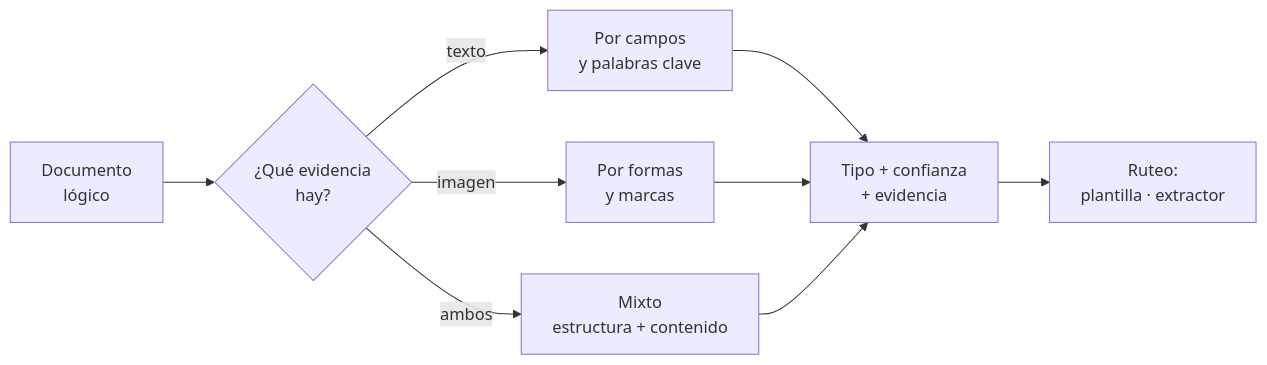
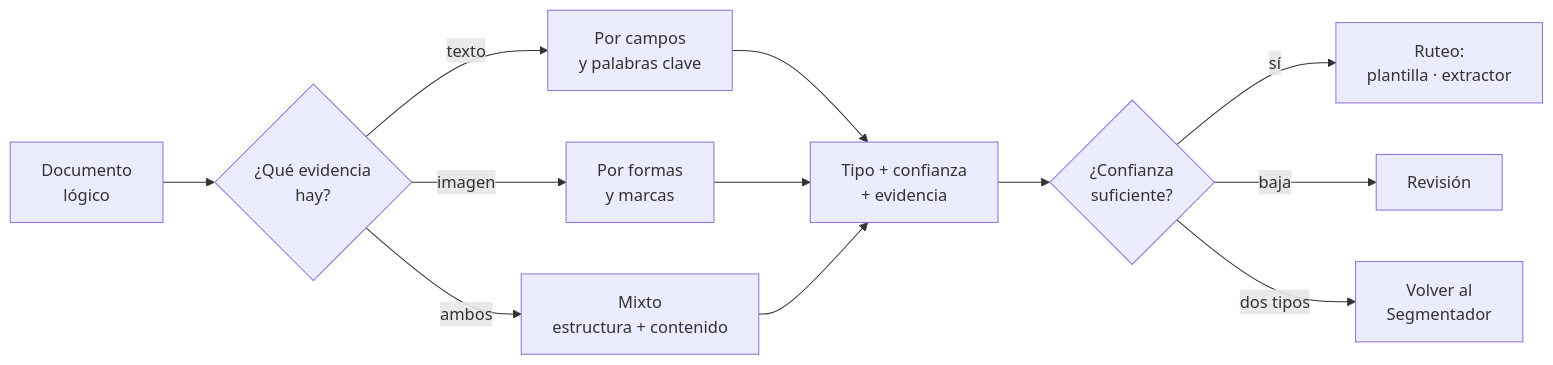
The second of 15 diagrams in readme-min.md (mariogarcia-ar/docflow), drawn with Mermaid before and after one commit. The commit also changed other lines of this file, not shown here.

Commit message:
Refactor README.md to enhance clarity and detail in document extraction components, including flow adjustments and expanded descriptions for Segmentador, Identificador, Diagnóstico, Reconstructor, Validador, Consistencia, Catálogo, Contrato, and Revisor.

````diff
--- a/readme-min.md
+++ b/readme-min.md
@@ -61,11 +85,14 @@
 ```mermaid
 graph LR
     A["Documento<br/>lógico"] --> B{"¿Qué evidencia<br/>hay?"}
     B -->|"texto"| C["Por campos<br/>y palabras clave"]
     B -->|"imagen"| D["Por formas<br/>y marcas"]
     B -->|"ambos"| E["Mixto<br/>estructura + contenido"]
     C --> F["Tipo + confianza<br/>+ evidencia"]
     D --> F
     E --> F
-    F --> G["Ruteo:<br/>plantilla · extractor"]
+    F --> G{"¿Confianza<br/>suficiente?"}
+    G -->|"sí"| H["Ruteo:<br/>plantilla · extractor"]
+    G -->|"baja"| I["Revisión"]
+    G -->|"dos tipos"| J["Volver al<br/>Segmentador"]
 ```
````
